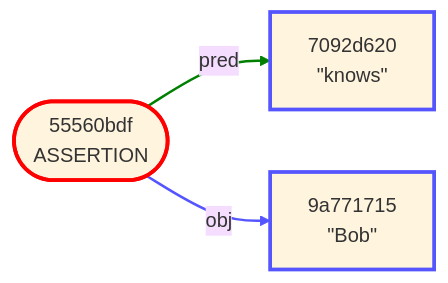
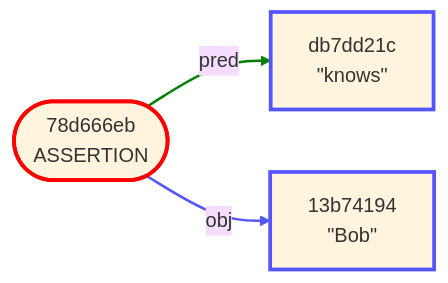
One commit to BlockchainCommons/Gordian changed the seventh of 26 diagrams in Envelope/OutputFormats.md. Above: the diagram before and after it, drawn with Mermaid (base theme). The commit also changed other lines of this file and 6 other files, not shown here.

````diff
--- a/Envelope/OutputFormats.md
+++ b/Envelope/OutputFormats.md
@@ -240,13 +273,13 @@
 ```mermaid
 graph LR
-    1(["55560bdf<br/>ASSERTION"])
-    2["7092d620<br/>#quot;knows#quot;"]
-    3["9a771715<br/>#quot;Bob#quot;"]
+    1(["78d666eb<br/>ASSERTION"])
+    2["db7dd21c<br/>#quot;knows#quot;"]
+    3["13b74194<br/>#quot;Bob#quot;"]
     1 -->|pred| 2
     1 -->|obj| 3
     style 1 stroke:red,stroke-width:3.0px
     style 2 stroke:#55f,stroke-width:3.0px
     style 3 stroke:#55f,stroke-width:3.0px
     linkStyle 0 stroke:green,stroke-width:2.0px
     linkStyle 1 stroke:#55f,stroke-width:2.0px
 ```
````
